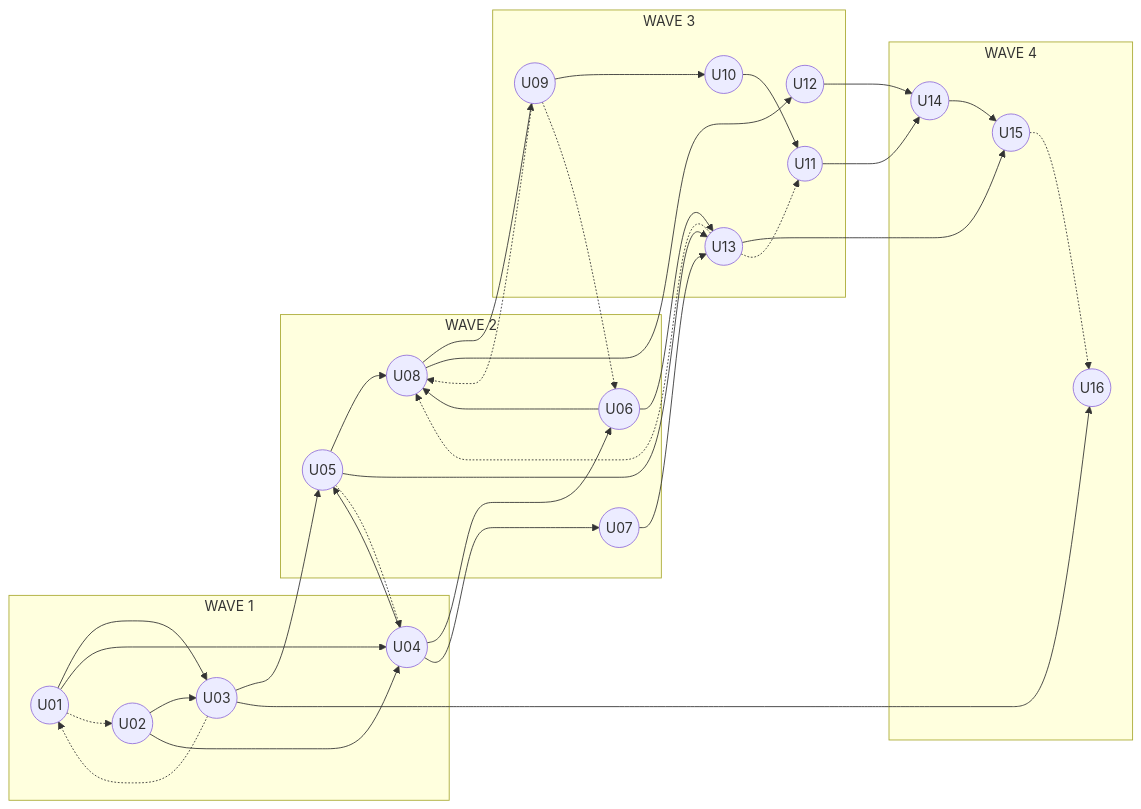
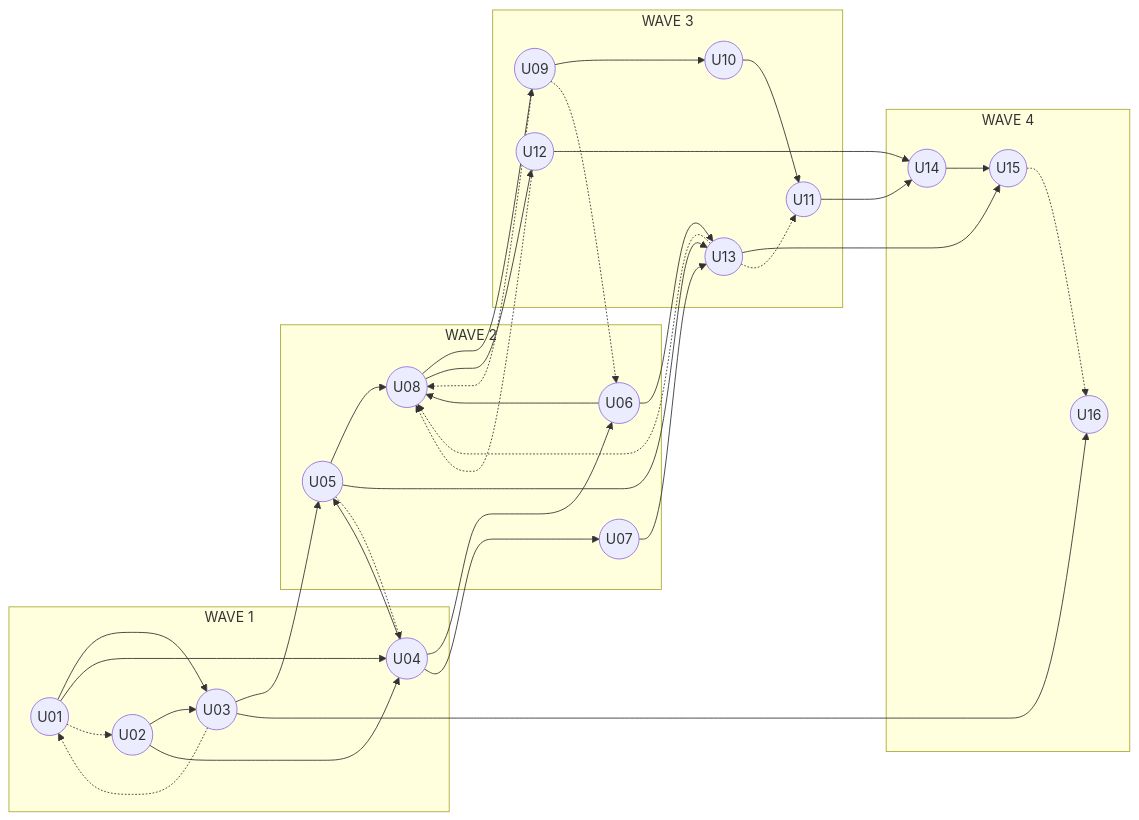
Before and after one commit to hygef-v4/AI-Powered-Learning-Platform: the diagram in aidlc-docs/inception/application-design/unit-of-work-dependency.md, drawn with Mermaid. The commit also changed other lines of this file and 22 other files, not shown here.

````diff
--- a/aidlc-docs/inception/application-design/unit-of-work-dependency.md
+++ b/aidlc-docs/inception/application-design/unit-of-work-dependency.md
@@ -30,59 +30,60 @@
 ```mermaid
 flowchart LR
     subgraph W1["WAVE 1"]
         U01((U01))
         U02((U02))
         U03((U03))
         U04((U04))
     end
     subgraph W2["WAVE 2"]
         U05((U05))
         U06((U06))
         U07((U07))
         U08((U08))
     end
     subgraph W3["WAVE 3"]
         U09((U09))
         U10((U10))
         U11((U11))
         U12((U12))
         U13((U13))
     end
     subgraph W4["WAVE 4"]
         U14((U14))
         U15((U15))
         U16((U16))
     end
 
     U01 --> U03
     U01 --> U04
     U02 --> U03
     U02 --> U04
     U03 --> U05
     U04 --> U05
     U04 --> U06
     U04 --> U07
     U05 --> U08
     U06 --> U08
     U05 --> U13
     U06 --> U13
     U07 --> U13
     U08 --> U09
     U08 --> U12
     U09 --> U10
     U10 --> U11
     U11 --> U14
     U12 --> U14
     U13 --> U15
     U14 --> U15
     U03 --> U16
 
     U01 -.-> U02
     U03 -.-> U01
     U05 -.-> U04
     U13 -.-> U08
     U09 -.-> U08
+    U12 -.-> U08
     U09 -.-> U06
     U13 -.-> U11
     U15 -.-> U16
 ```
````
